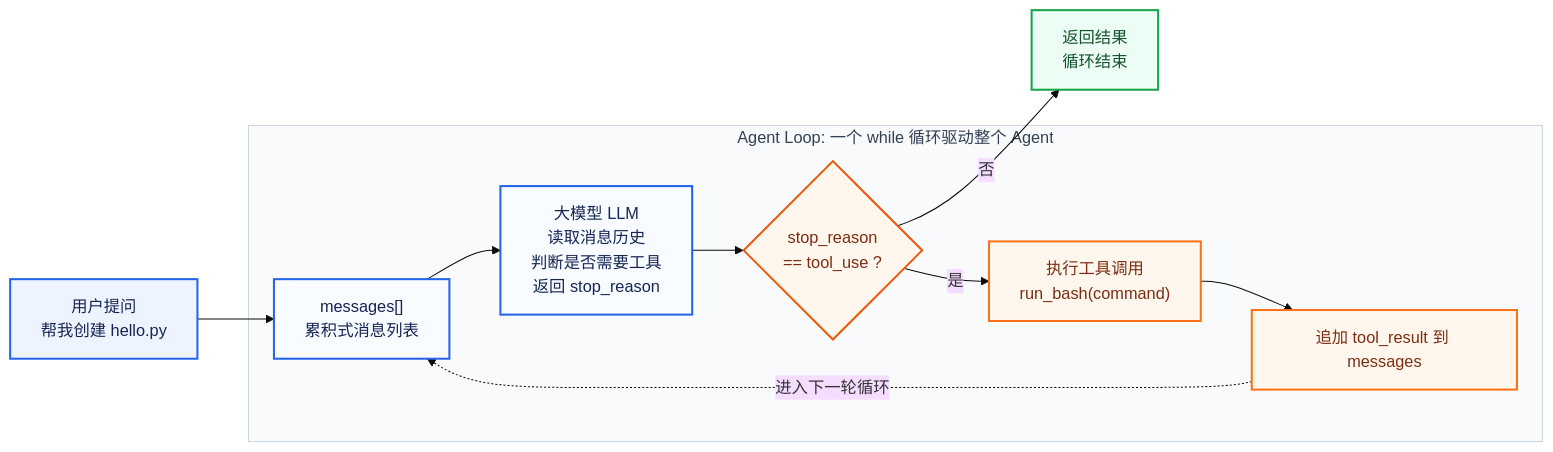
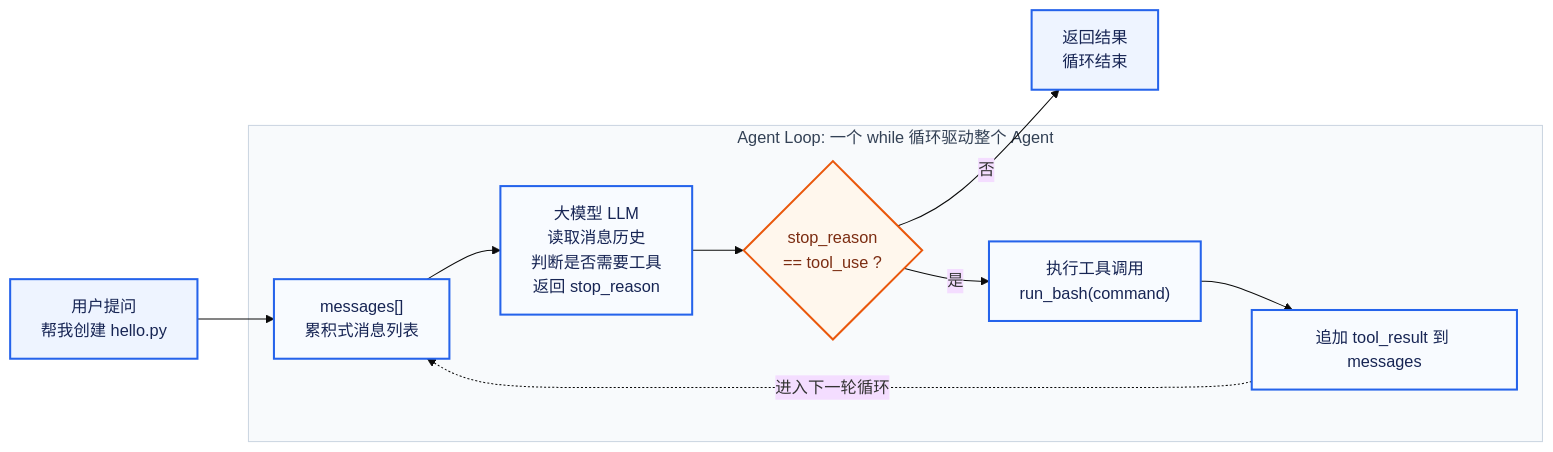
One commit to GuoWei1998/CodeAgent changed the first of 2 diagrams in docs/learning.md. Above: the diagram before and after it, drawn with Mermaid (base theme). The commit also changed other lines of this file and 3 other files, not shown here.

````diff
--- a/docs/learning.md
+++ b/docs/learning.md
@@ -7,33 +7,30 @@
 ```mermaid
 flowchart LR
     Start["用户提问<br/>帮我创建 hello.py"] --> Messages["messages[]<br/>累积式消息列表"]
     Messages --> LLM["大模型 LLM<br/>读取消息历史<br/>判断是否需要工具<br/>返回 stop_reason"]
     LLM --> Decision{"stop_reason<br/>== tool_use ?"}
 
     Decision -- "否" --> Final["返回结果<br/>循环结束"]
     Decision -- "是" --> Tool["执行工具调用<br/>run_bash(command)"]
     Tool --> Append["追加 tool_result 到 messages"]
     Append -. "进入下一轮循环" .-> Messages
 
     subgraph Loop["Agent Loop: 一个 while 循环驱动整个 Agent"]
         Messages
         LLM
         Decision
         Tool
         Append
     end
 
     classDef user fill:#eef4ff,stroke:#2563eb,stroke-width:2px,color:#172554;
     classDef model fill:#f8fbff,stroke:#2563eb,stroke-width:2px,color:#172554;
     classDef decision fill:#fff7ed,stroke:#ea580c,stroke-width:2px,color:#7c2d12;
-    classDef tool fill:#fff7ed,stroke:#f97316,stroke-width:2px,color:#7c2d12;
-    classDef final fill:#ecfdf5,stroke:#16a34a,stroke-width:2px,color:#14532d;
+    classDef new fill:#ecfdf5,stroke:#16a34a,stroke-width:2px,color:#14532d;
     classDef loop fill:#f8fafc,stroke:#cbd5e1,stroke-width:1px,color:#334155;
 
-    class Start user;
-    class Messages,LLM model;
+    class Start,Final user;
+    class Messages,LLM,Tool,Append model;
     class Decision decision;
-    class Tool,Append tool;
-    class Final final;
     class Loop loop;
 ```
````
